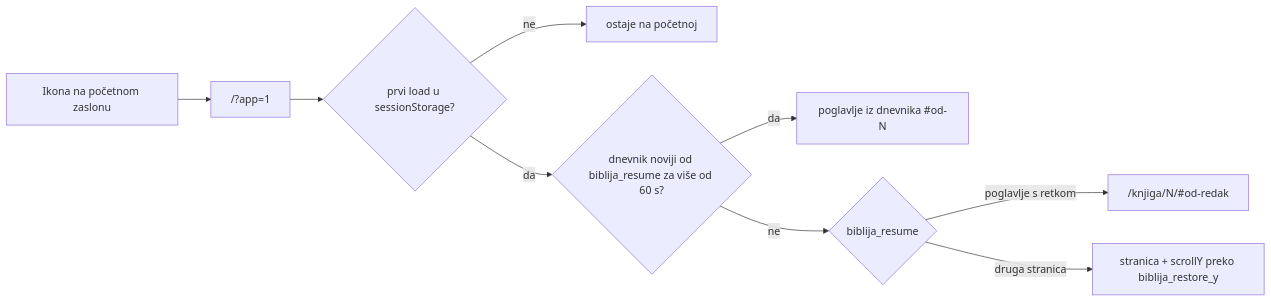
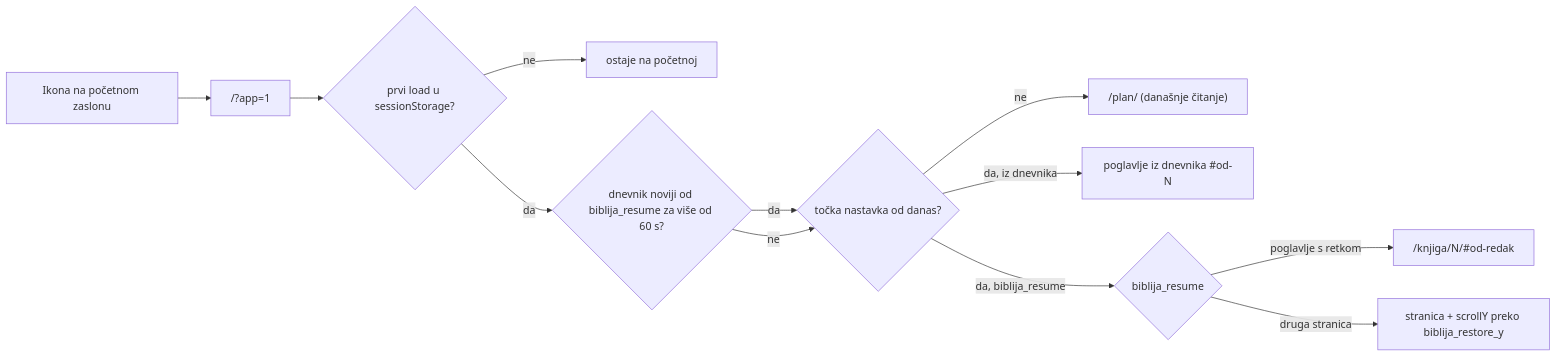
One commit to stepanic/biblija changed the diagram in docs/2026-11-04-pwa-ios-nastavak-citanja.md. Above: the diagram before and after it, drawn with Mermaid. The commit also changed other lines of this file and 1 other file, not shown here.

Commit message:
docs(plan): plan po kalendaru, pravilo brojanja, pokretanje i zamke

````diff
--- a/docs/2026-11-04-pwa-ios-nastavak-citanja.md
+++ b/docs/2026-11-04-pwa-ios-nastavak-citanja.md
@@ -11,11 +11,14 @@
 ```mermaid
 flowchart LR
   A[Ikona na početnom zaslonu] --> B["/?app=1"]
   B --> C{prvi load u sessionStorage?}
   C -- ne --> H[ostaje na početnoj]
   C -- da --> D{dnevnik noviji od biblija_resume za više od 60 s?}
-  D -- da --> E["poglavlje iz dnevnika #od-N"]
-  D -- ne --> F{biblija_resume}
+  D -- da --> T{točka nastavka od danas?}
+  D -- ne --> T
+  T -- ne --> P["/plan/ (današnje čitanje)"]
+  T -- "da, iz dnevnika" --> E["poglavlje iz dnevnika #od-N"]
+  T -- "da, biblija_resume" --> F{biblija_resume}
   F -- poglavlje s retkom --> G["/knjiga/N/#od-redak"]
   F -- druga stranica --> I[stranica + scrollY preko biblija_restore_y]
 ```
````
